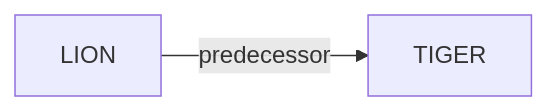
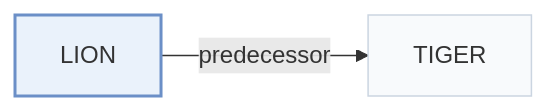
One commit to Galaxy-ghost/Awesome-SID-Generative-Rec changed the second of 2 diagrams in pages/papers/lion.md. Above: the diagram before and after it, drawn with Mermaid. The commit also changed other lines of this file and 649 other files, not shown here.

Commit message:
writer-05: also tags and modality index (schema, check, build, visuals); summary field removed; calibration data for 12 papers

````diff
--- a/pages/papers/lion.md
+++ b/pages/papers/lion.md
@@ -66,5 +74,9 @@
 ```mermaid
 flowchart LR
     P["LION"]
-    P -->|predecessor| A["TIGER"]
+    P -->|"predecessor"| A["TIGER"]
+    classDef main fill:#eaf2fb,stroke:#6b8fc7,stroke-width:2px
+    classDef peer fill:#f8fafc,stroke:#cbd5e1
+    class P main
+    class A peer
 ```
````
